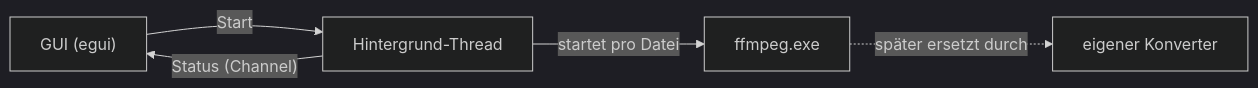
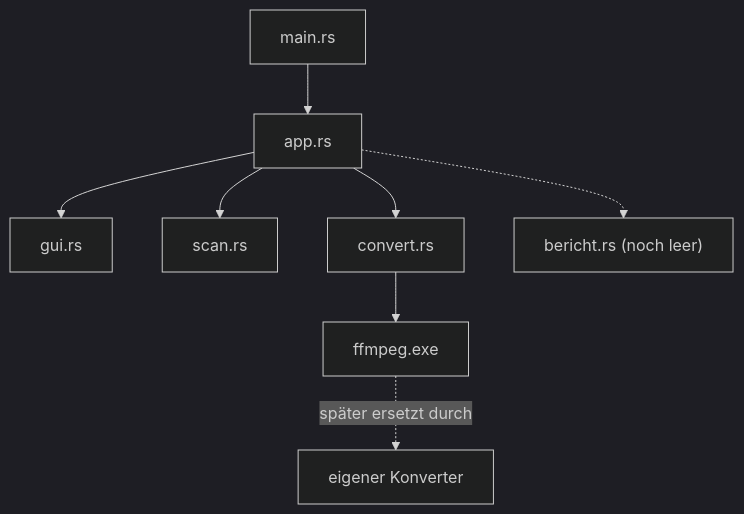
Before and after one commit to Senci/audio-konverter: the diagram in wiki/index.md, drawn with Mermaid (dark theme). The commit also changed other lines of this file and 13 other files, not shown here.

````diff
--- a/wiki/index.md
+++ b/wiki/index.md
@@ -5,7 +5,10 @@
 ```mermaid
-flowchart LR
-    GUI["GUI (egui)"] -->|Start| T["Hintergrund-Thread"]
-    T -->|startet pro Datei| F["ffmpeg.exe"]
-    T -->|"Status (Channel)"| GUI
-    F -.->|später ersetzt durch| E["eigener Konverter"]
+flowchart TD
+    main["main.rs"] --> app["app.rs"]
+    app --> gui["gui.rs"]
+    app --> scan["scan.rs"]
+    app --> convert["convert.rs"]
+    app -.-> bericht["bericht.rs (noch leer)"]
+    convert --> ffmpeg["ffmpeg.exe"]
+    ffmpeg -.->|später ersetzt durch| eigen["eigener Konverter"]
 ```
````
